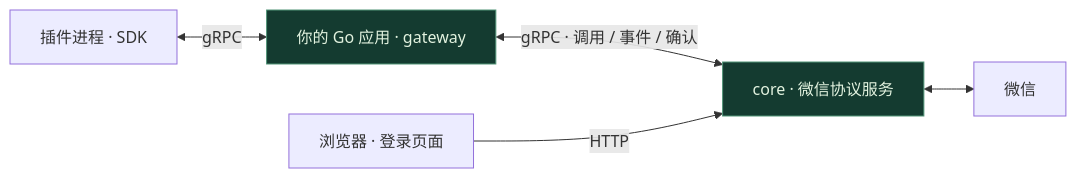
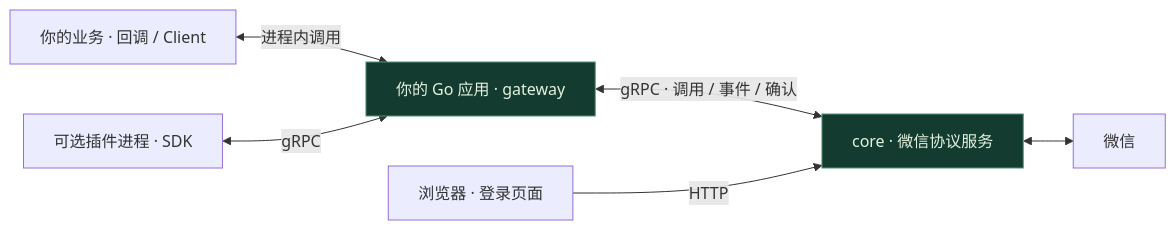
One commit to 2guan/we-clayplus changed the diagram in README.md. Above: the diagram before and after it, drawn with Mermaid. The commit also changed other lines of this file and 52 other files, not shown here.

````diff
--- a/README.md
+++ b/README.md
@@ -176,9 +213,10 @@
 ```mermaid
 flowchart LR
-    P["插件进程 · SDK"] <-->|"gRPC"| G["你的 Go 应用 · gateway"]
+    A["你的业务 · 回调 / Client"] <-->|"进程内调用"| G
+    P["可选插件进程 · SDK"] <-->|"gRPC"| G["你的 Go 应用 · gateway"]
     G <-->|"gRPC · 调用 / 事件 / 确认"| C["core · 微信协议服务"]
     C <--> W["微信"]
     B["浏览器 · 登录页面"] -->|"HTTP"| C
     style G fill:#143b30,color:#e2f2df,stroke:#519477
     style C fill:#143b30,color:#e2f2df,stroke:#519477
 ```
````
